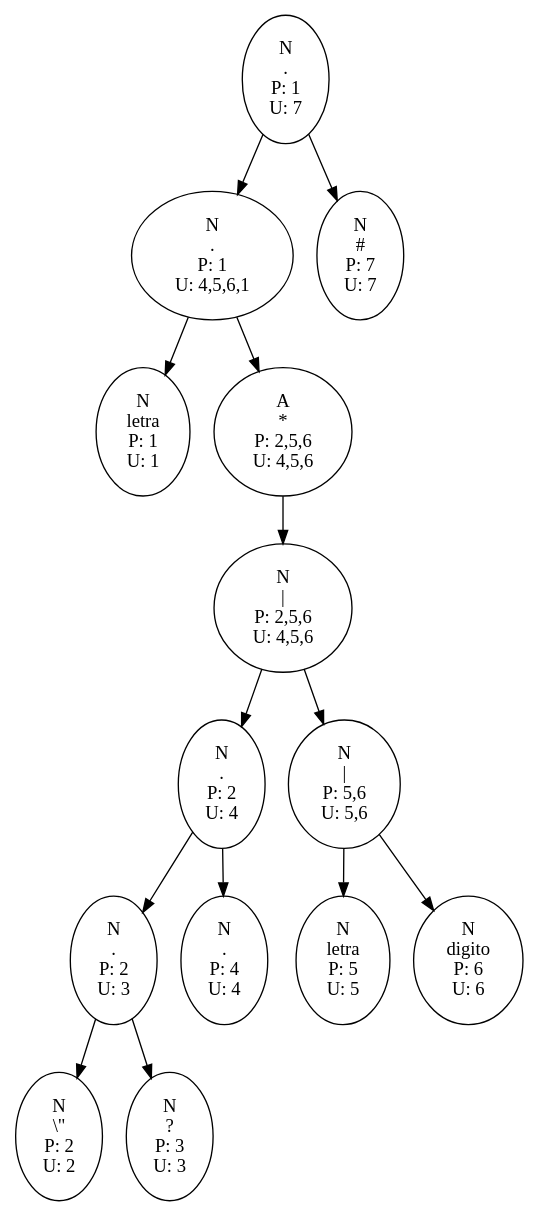
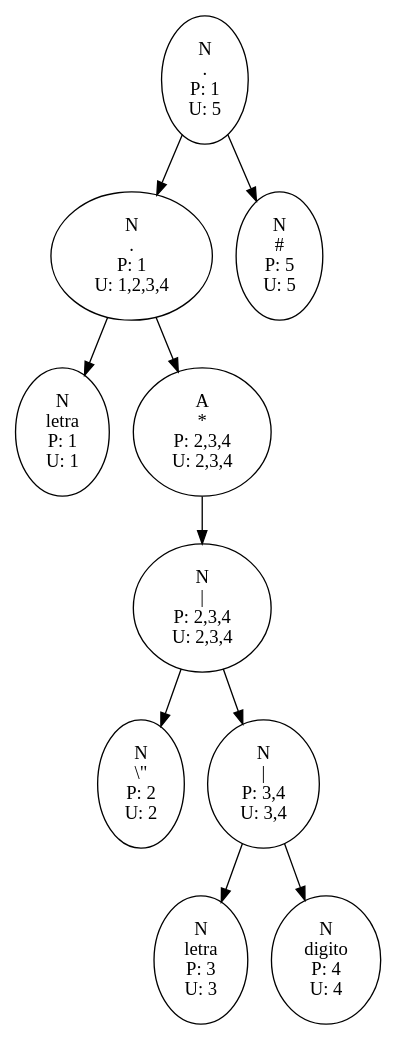
One commit to EstuardoSon/OCL1_202003894_P1 changed the diagram in Reportes_202003894/Arboles_202003894/ExpReg1.dot. Above: the diagram before and after it, drawn with Graphviz. The commit also changed 32 other files, not shown here.

```diff
--- a/Reportes_202003894/Arboles_202003894/ExpReg1.dot
+++ b/Reportes_202003894/Arboles_202003894/ExpReg1.dot
@@ -1,71 +1,51 @@
 digraph G{
-N7->N1
+N5->N1
 N1->1
 1[label="N
 letra
 P: 1
 U: 1"];
 N1[label="N
 .
 P: 1
-U: 4,5,6,1"];
-N1->N6
-N6->N4
-N4->N3
-N3->N2
+U: 1,2,3,4"];
+N1->N4
+N4->N2
 N2->2
 2[label="N
 \\\"
 P: 2
 U: 2"];
 N2[label="N
-.
-P: 2
-U: 3"];
-N2->3
+|
+P: 2,3,4
+U: 2,3,4"];
+N2->N3
+N3->3
 3[label="N
-\?
+letra
 P: 3
 U: 3"];
 N3[label="N
-.
-P: 2
-U: 4"];
+|
+P: 3,4
+U: 3,4"];
 N3->4
 4[label="N
-.
+digito
 P: 4
 U: 4"];
-N4[label="N
-|
-P: 2,5,6
-U: 4,5,6"];
-N4->N5
+N4[label="A
+*
+P: 2,3,4
+U: 2,3,4"];
+N5[label="N
+.
+P: 1
+U: 5"];
 N5->5
 5[label="N
-letra
+#
 P: 5
 U: 5"];
-N5[label="N
-|
-P: 5,6
-U: 5,6"];
-N5->6
-6[label="N
-digito
-P: 6
-U: 6"];
-N6[label="A
-*
-P: 2,5,6
-U: 4,5,6"];
-N7[label="N
-.
-P: 1
-U: 7"];
-N7->7
-7[label="N
-#
-P: 7
-U: 7"];
 }
```
